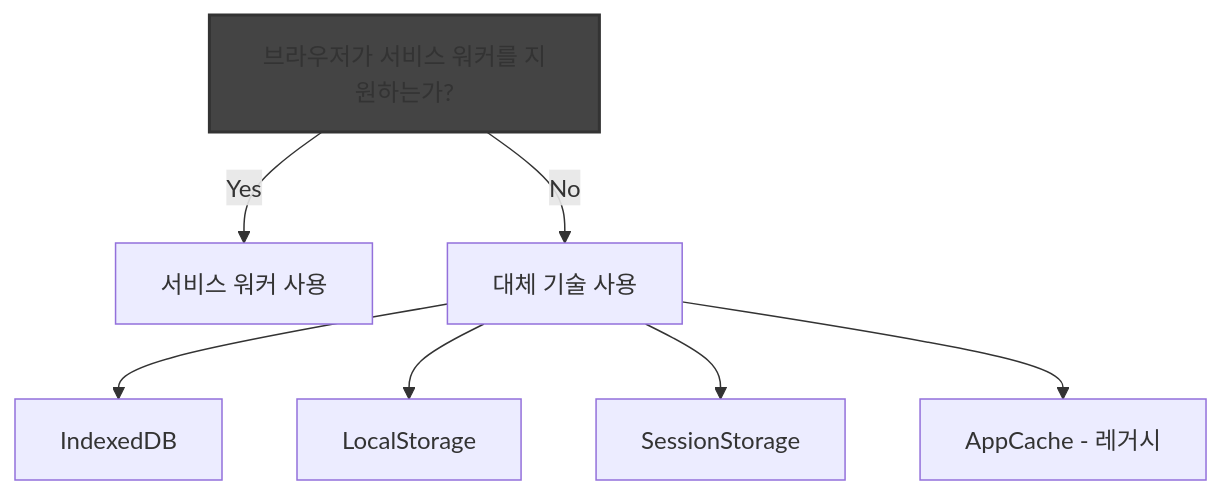
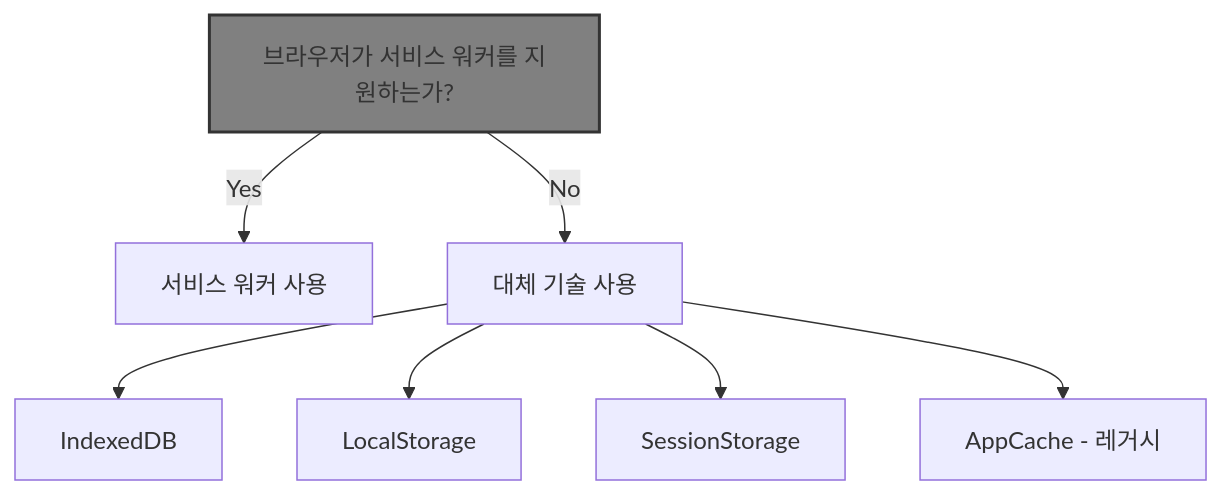
Before and after one commit to KalGookSoo/service-worker-basic: the second of 2 diagrams in chapters/01-3_service_worker_support.md, drawn with Mermaid. The commit also changed 3 other files, not shown here.

First line of the commit message:
docs: 다이어그램 스타일 색상 업데이트

````diff
--- a/chapters/01-3_service_worker_support.md
+++ b/chapters/01-3_service_worker_support.md
@@ -85,13 +85,13 @@
 ```mermaid
 graph TD
     A[브라우저가 서비스 워커를 지원하는가?]
     A -->|Yes| B[서비스 워커 사용]
     A -->|No| C[대체 기술 사용]
     
     C --> D[IndexedDB]
     C --> E[LocalStorage]
     C --> F[SessionStorage]
     C --> G[AppCache - 레거시]
     
-    style A fill:#444,stroke:#333,stroke-width:2px
+    style A fill:#808080,stroke:#333,stroke-width:2px
 ```
````
